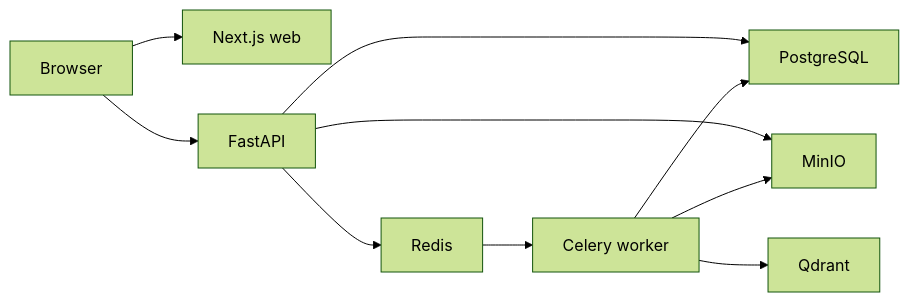
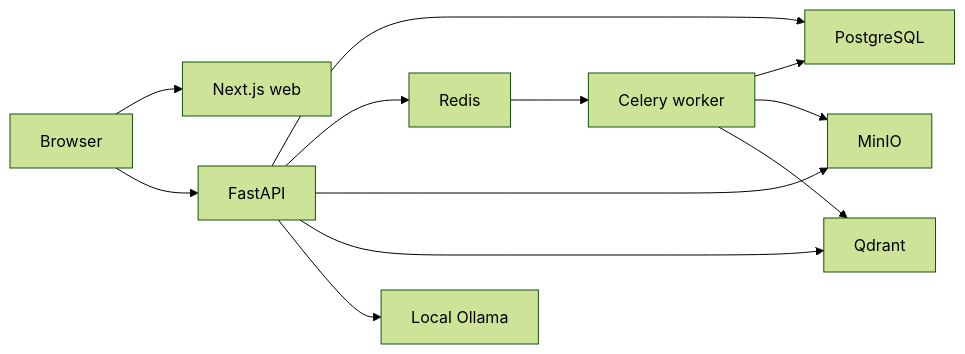
Before and after one commit to asthing/AsThing: the diagram in docs/architecture.md, drawn with Mermaid (forest theme). The commit also changed other lines of this file and 18 other files, not shown here.

````diff
--- a/docs/architecture.md
+++ b/docs/architecture.md
@@ -5,12 +5,14 @@
 ```mermaid
 flowchart LR
     Browser --> Web[Next.js web]
     Browser --> API[FastAPI]
     API --> PostgreSQL
     API --> Redis
     API --> MinIO
+    API --> Qdrant
+    API --> Ollama[Local Ollama]
     Redis --> Worker[Celery worker]
     Worker --> PostgreSQL
     Worker --> MinIO
     Worker --> Qdrant
 ```
````
